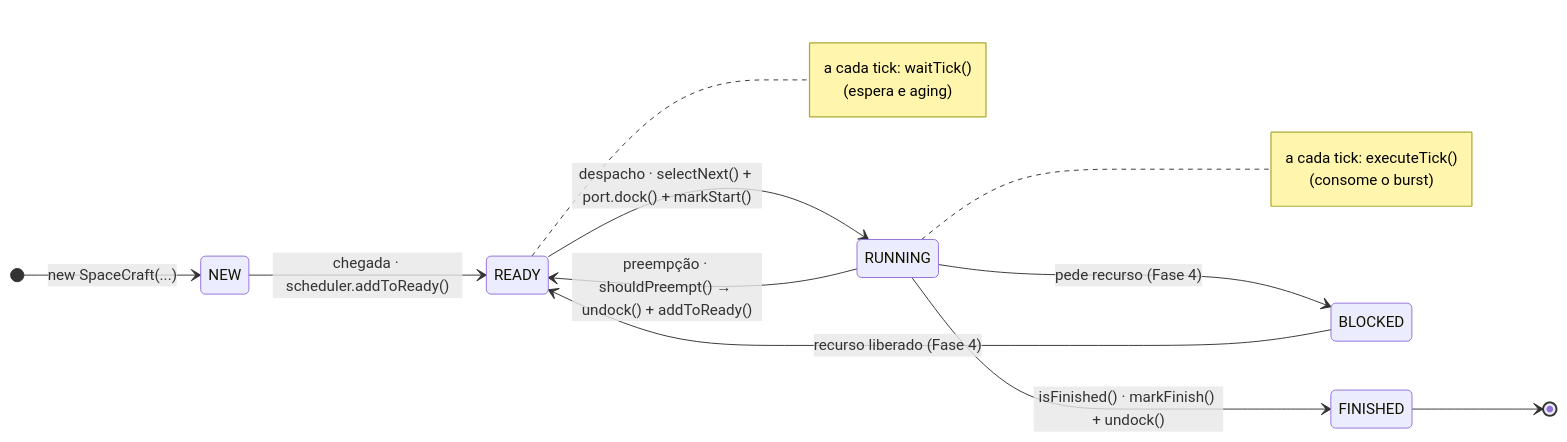
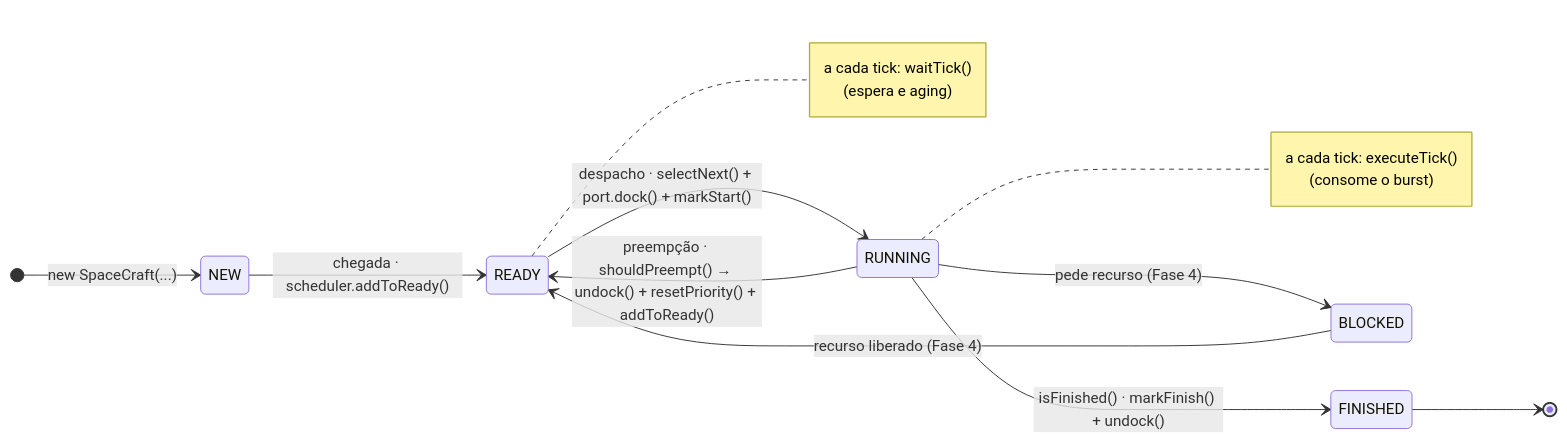
The fourth of 6 diagrams in docs/uml/README.md (Felipe-Tagawa/Promethean), drawn with Mermaid before and after one commit. The commit also changed other lines of this file and 1 other file, not shown here.

````diff
--- a/docs/uml/README.md
+++ b/docs/uml/README.md
@@ -329,21 +330,21 @@
 ```mermaid
 stateDiagram-v2
     direction LR
     [*] --> NEW : new SpaceCraft(...)
     NEW --> READY : chegada · scheduler.addToReady()
     READY --> RUNNING : despacho · selectNext() + port.dock() + markStart()
-    RUNNING --> READY : preempção · shouldPreempt() → undock() + addToReady()
+    RUNNING --> READY : preempção · shouldPreempt() → undock() + resetPriority() + addToReady()
     RUNNING --> FINISHED : isFinished() · markFinish() + undock()
     RUNNING --> BLOCKED : pede recurso (Fase 4)
     BLOCKED --> READY : recurso liberado (Fase 4)
     FINISHED --> [*]
 
     note right of READY
         a cada tick: waitTick()
         (espera e aging)
     end note
     note right of RUNNING
         a cada tick: executeTick()
         (consome o burst)
     end note
 ```
````
